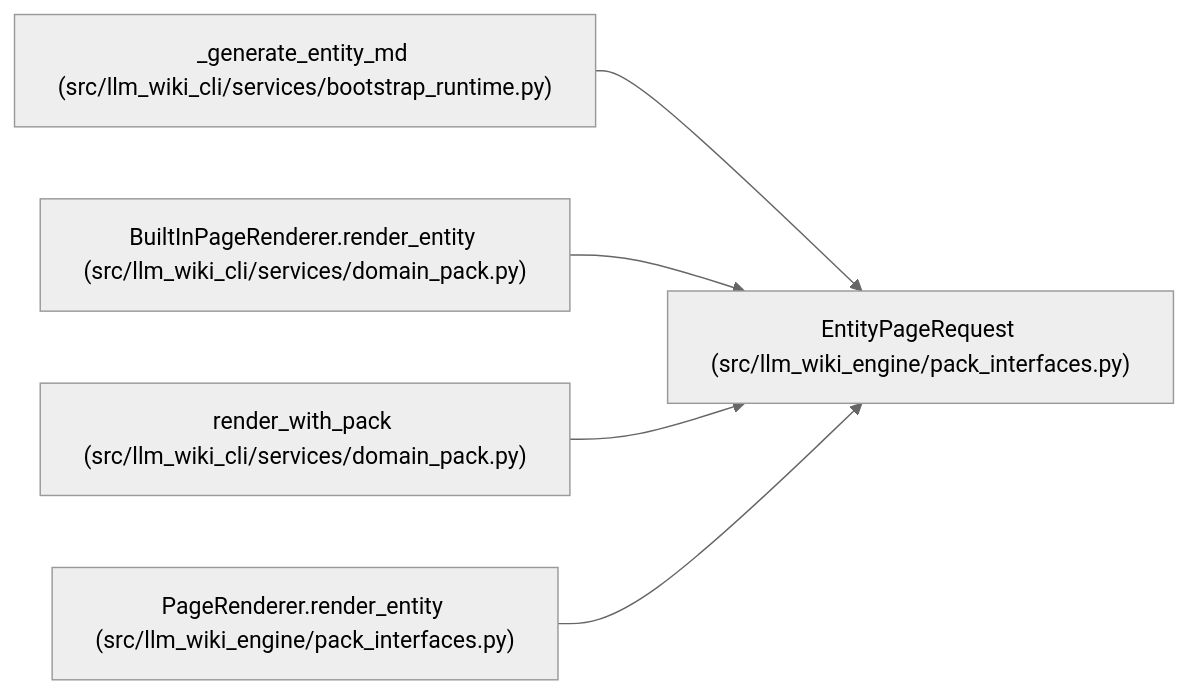
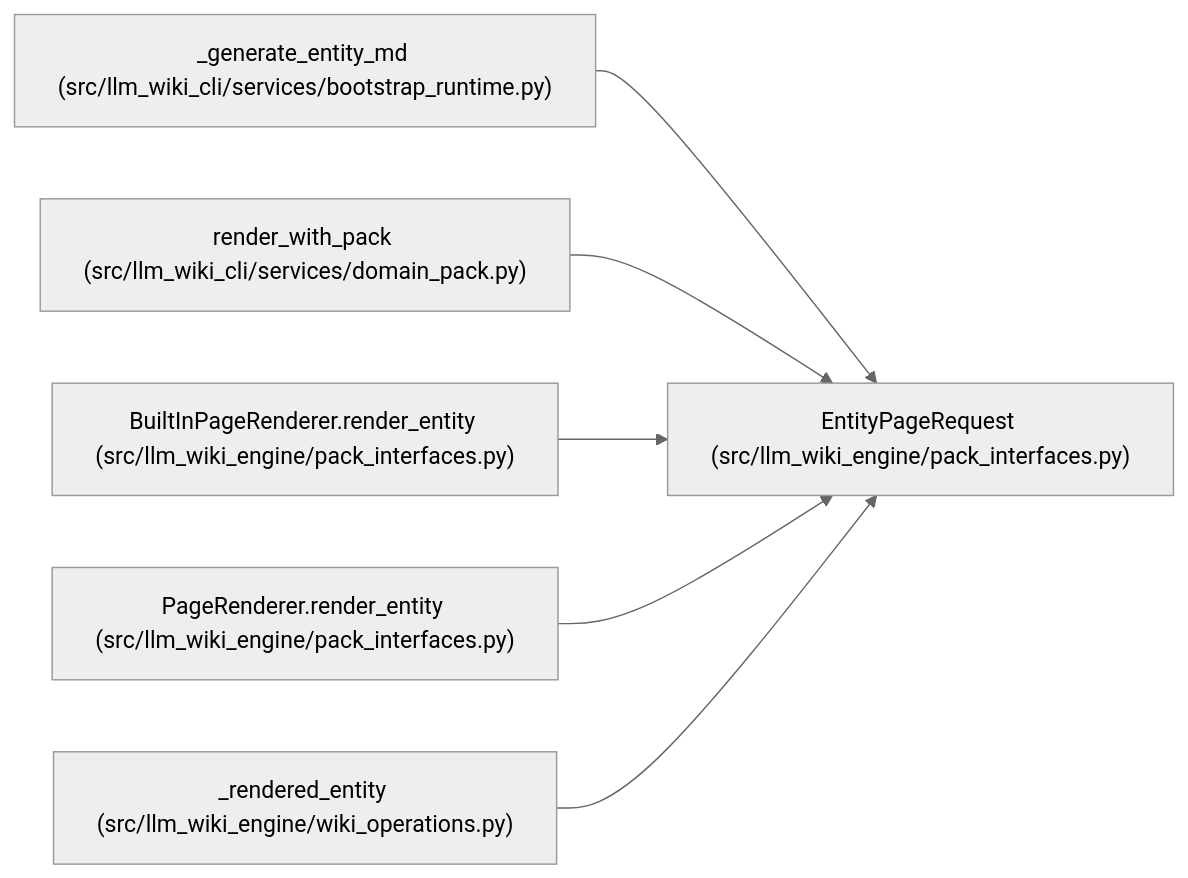
The diagram in docs/llm_wiki/entities/EntityPageRequest.md (Denissvgn/python-wiki-llm), drawn with Mermaid (neutral theme) before and after one commit. The commit also changed other lines of this file and 719 other files, not shown here.

Commit message:
docs: refresh the wiki for the engine's own use cases

````diff
--- a/docs/llm_wiki/entities/EntityPageRequest.md
+++ b/docs/llm_wiki/entities/EntityPageRequest.md
@@ -36,17 +36,20 @@
 ```mermaid
 flowchart LR
     n0["EntityPageRequest (src/llm_wiki_engine/pack_interfaces.py)"]
     n1["_generate_entity_md (src/llm_wiki_cli/services/bootstrap_runtime.py)"]
-    n2["BuiltInPageRenderer.render_entity (src/llm_wiki_cli/services/domain_pack.py)"]
-    n3["render_with_pack (src/llm_wiki_cli/services/domain_pack.py)"]
+    n2["render_with_pack (src/llm_wiki_cli/services/domain_pack.py)"]
+    n3["BuiltInPageRenderer.render_entity (src/llm_wiki_engine/pack_interfaces.py)"]
     n4["PageRenderer.render_entity (src/llm_wiki_engine/pack_interfaces.py)"]
+    n5["_rendered_entity (src/llm_wiki_engine/wiki_operations.py)"]
     n1 --> n0
     n2 --> n0
     n3 --> n0
     n4 --> n0
+    n5 --> n0
     click n0 "../modules/pack_interfaces.md"
     click n1 "../modules/bootstrap_runtime.md"
     click n2 "../modules/domain_pack.md"
-    click n3 "../modules/domain_pack.md"
+    click n3 "../modules/pack_interfaces.md"
     click n4 "../modules/pack_interfaces.md"
+    click n5 "../modules/wiki_operations.md"
 ```
````
